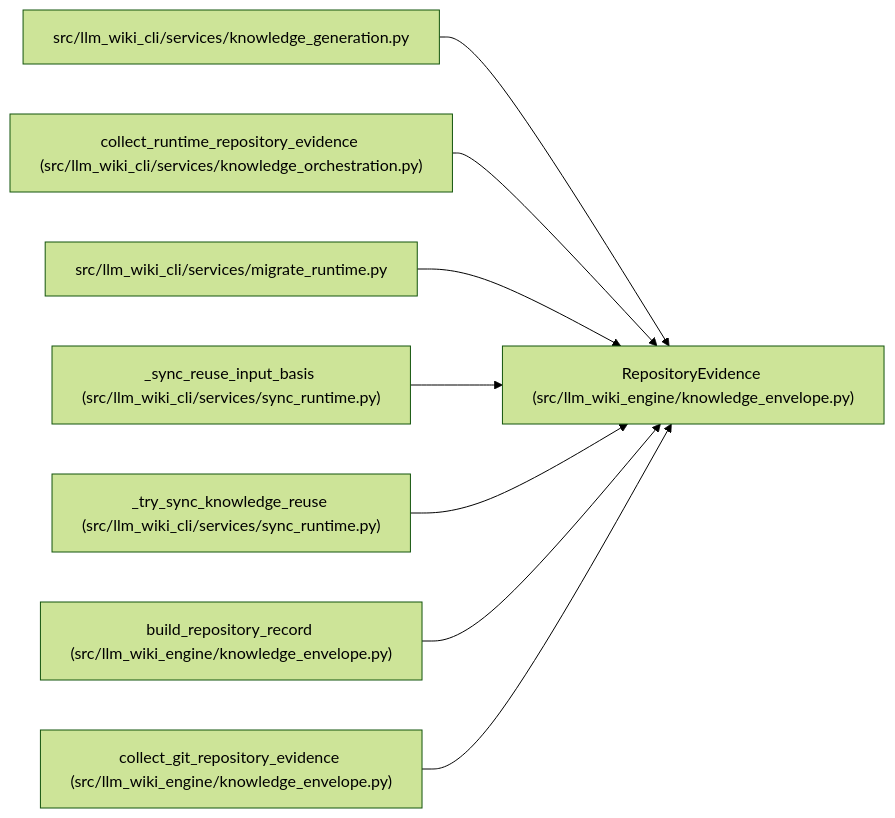
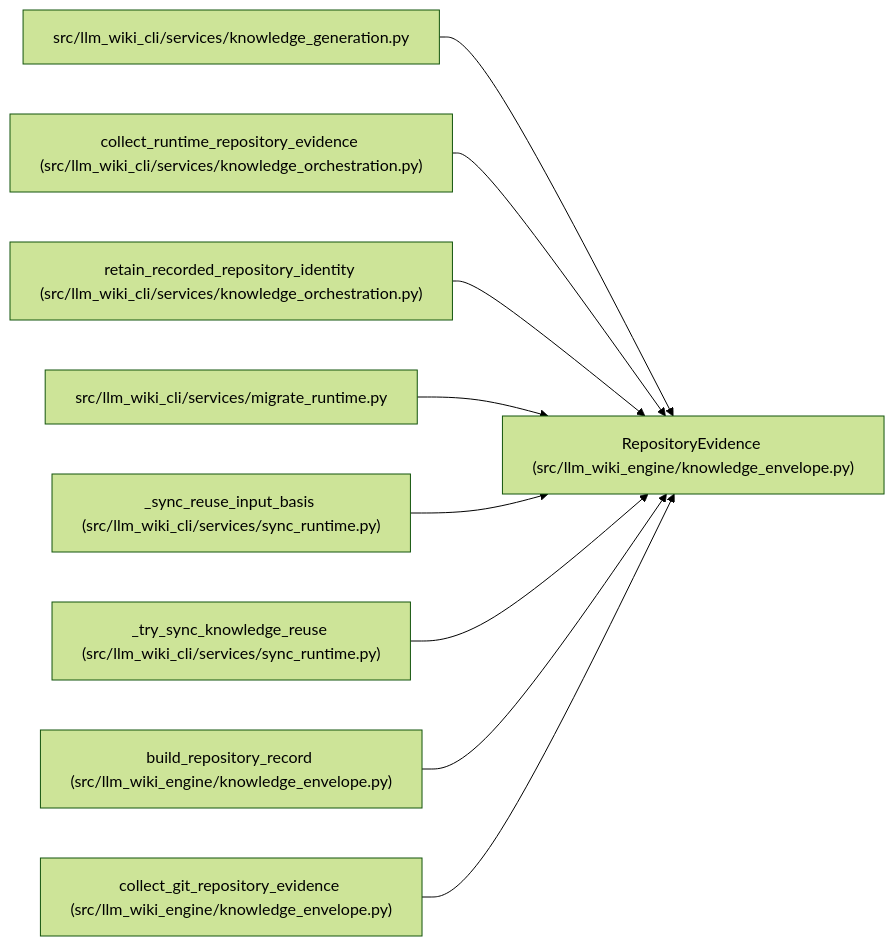
The diagram in docs/llm_wiki/entities/RepositoryEvidence.md (Denissvgn/python-wiki-llm), drawn with Mermaid (forest theme) before and after one commit. The commit also changed other lines of this file and 500 other files, not shown here.

Commit message:
docs: refresh the repository wiki for the checkout independent state fix

````diff
--- a/docs/llm_wiki/entities/RepositoryEvidence.md
+++ b/docs/llm_wiki/entities/RepositoryEvidence.md
@@ -32,26 +32,29 @@
 ```mermaid
 flowchart LR
     n0["RepositoryEvidence (src/llm_wiki_engine/knowledge_envelope.py)"]
     n1["src/llm_wiki_cli/services/knowledge_generation.py"]
     n2["collect_runtime_repository_evidence (src/llm_wiki_cli/services/knowledge_orchestration.py)"]
-    n3["src/llm_wiki_cli/services/migrate_runtime.py"]
-    n4["_sync_reuse_input_basis (src/llm_wiki_cli/services/sync_runtime.py)"]
-    n5["_try_sync_knowledge_reuse (src/llm_wiki_cli/services/sync_runtime.py)"]
-    n6["build_repository_record (src/llm_wiki_engine/knowledge_envelope.py)"]
-    n7["collect_git_repository_evidence (src/llm_wiki_engine/knowledge_envelope.py)"]
+    n3["retain_recorded_repository_identity (src/llm_wiki_cli/services/knowledge_orchestration.py)"]
+    n4["src/llm_wiki_cli/services/migrate_runtime.py"]
+    n5["_sync_reuse_input_basis (src/llm_wiki_cli/services/sync_runtime.py)"]
+    n6["_try_sync_knowledge_reuse (src/llm_wiki_cli/services/sync_runtime.py)"]
+    n7["build_repository_record (src/llm_wiki_engine/knowledge_envelope.py)"]
+    n8["collect_git_repository_evidence (src/llm_wiki_engine/knowledge_envelope.py)"]
     n1 --> n0
     n2 --> n0
     n3 --> n0
     n4 --> n0
     n5 --> n0
     n6 --> n0
     n7 --> n0
+    n8 --> n0
     click n0 "../modules/knowledge_envelope.md"
     click n1 "../modules/knowledge_generation.md"
     click n2 "../modules/knowledge_orchestration.md"
-    click n3 "../modules/migrate_runtime.md"
-    click n4 "../modules/sync_runtime.md"
+    click n3 "../modules/knowledge_orchestration.md"
+    click n4 "../modules/migrate_runtime.md"
     click n5 "../modules/sync_runtime.md"
-    click n6 "../modules/knowledge_envelope.md"
+    click n6 "../modules/sync_runtime.md"
     click n7 "../modules/knowledge_envelope.md"
+    click n8 "../modules/knowledge_envelope.md"
 ```
````
